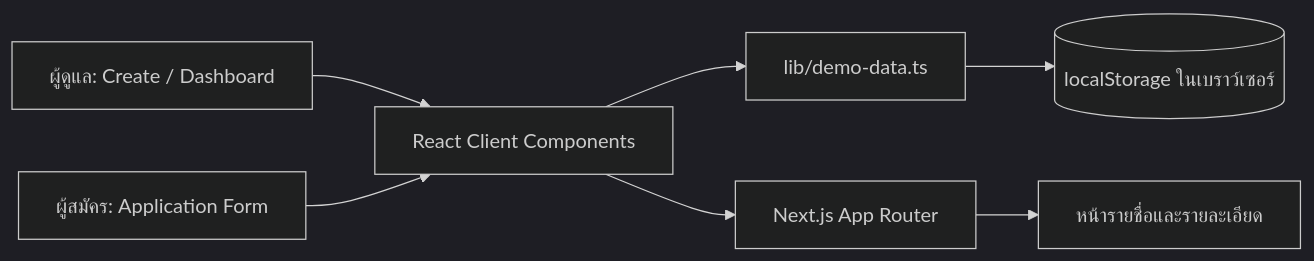
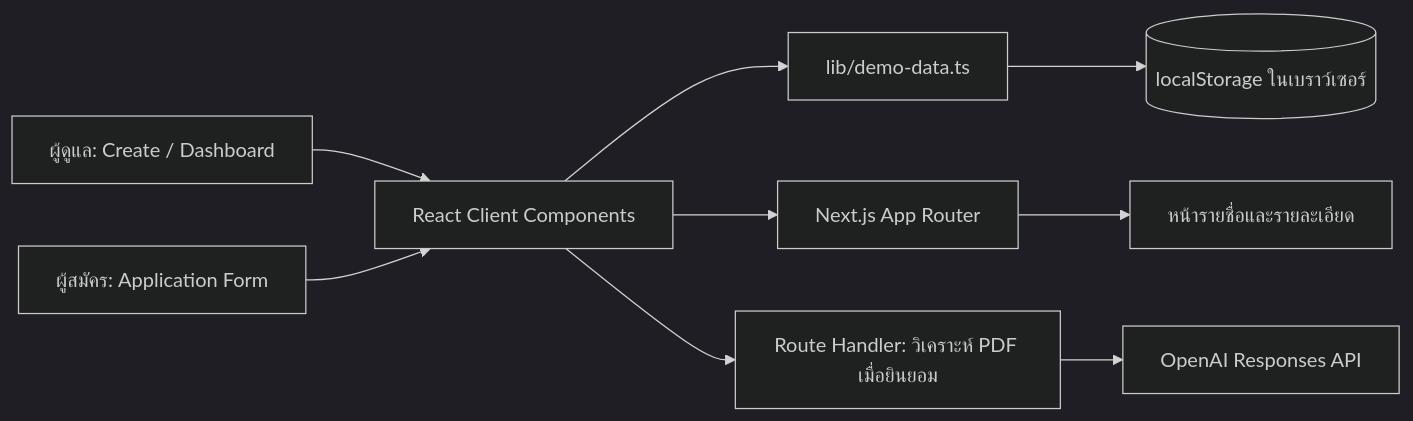
Before and after one commit to KanThanakhorn/PortfolioMatch: the diagram in assign/workflow/kan-implementation.md, drawn with Mermaid (dark theme). The commit also changed other lines of this file and 17 other files, not shown here.

````diff
--- a/assign/workflow/kan-implementation.md
+++ b/assign/workflow/kan-implementation.md
@@ -24,9 +24,11 @@
 ```mermaid
 flowchart LR
   A[ผู้ดูแล: Create / Dashboard] --> B[React Client Components]
   C[ผู้สมัคร: Application Form] --> B
   B --> D[lib/demo-data.ts]
   D --> E[(localStorage ในเบราว์เซอร์)]
   B --> F[Next.js App Router]
   F --> G[หน้ารายชื่อและรายละเอียด]
+  B --> H[Route Handler: วิเคราะห์ PDF เมื่อยินยอม]
+  H --> I[OpenAI Responses API]
 ```
````
